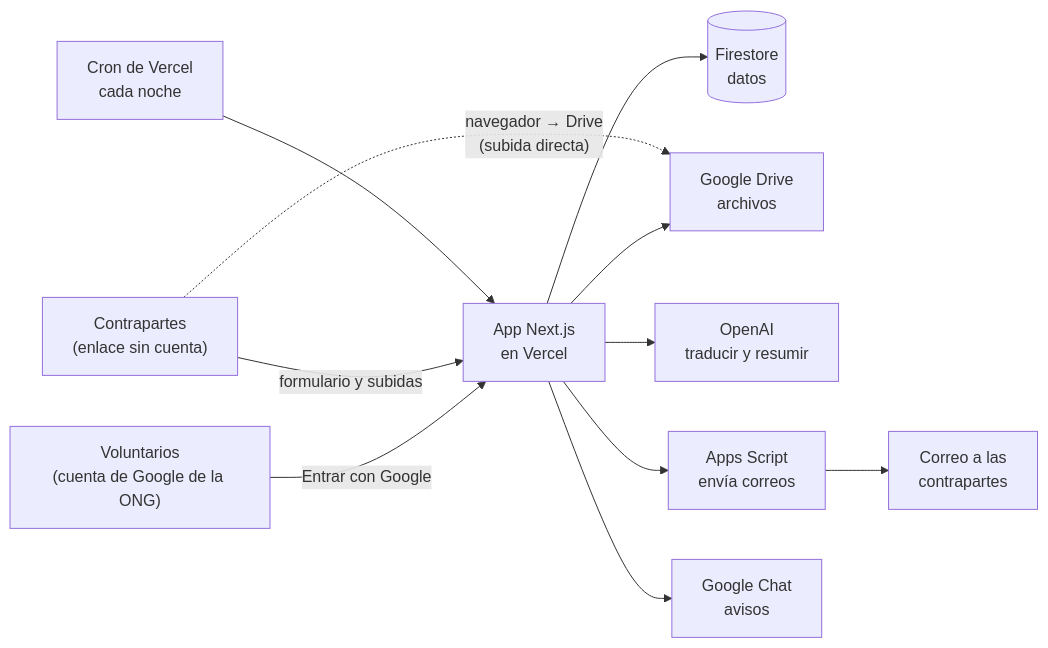
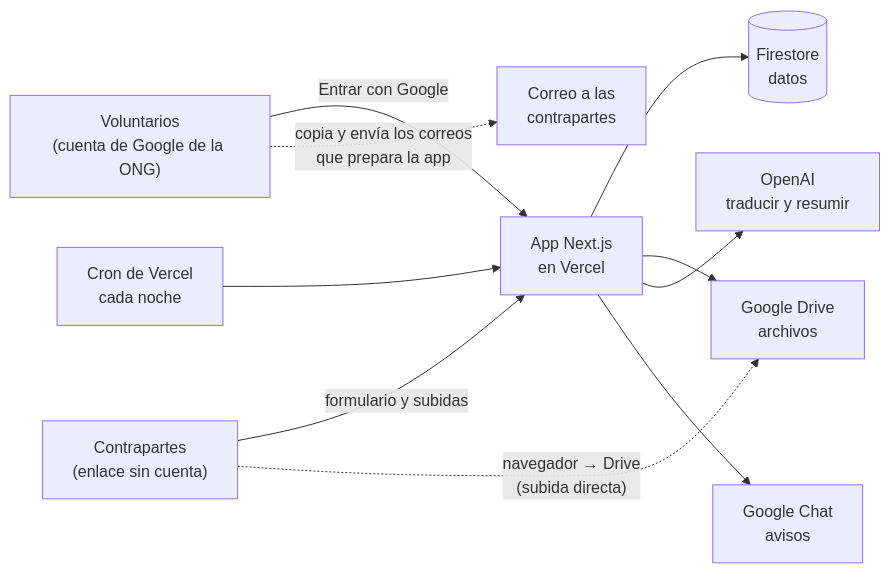
The first of 3 diagrams in docs/ARQUITECTURA.md (africadirecto/africa-directo-proyectos), drawn with Mermaid before and after one commit. The commit also changed other lines of this file and 104 other files, not shown here.

````diff
--- a/docs/ARQUITECTURA.md
+++ b/docs/ARQUITECTURA.md
@@ -9,13 +9,12 @@
 ```mermaid
 flowchart LR
   V["Voluntarios<br/>(cuenta de Google de la ONG)"] -->|Entrar con Google| APP
   C["Contrapartes<br/>(enlace sin cuenta)"] -->|formulario y subidas| APP
   APP["App Next.js<br/>en Vercel"] --> FS[("Firestore<br/>datos")]
   APP --> DR["Google Drive<br/>archivos"]
   APP --> AI["OpenAI<br/>traducir y resumir"]
-  APP --> AS["Apps Script<br/>envía correos"]
   APP --> CH["Google Chat<br/>avisos"]
   C -. "navegador → Drive<br/>(subida directa)" .-> DR
   CRON["Cron de Vercel<br/>cada noche"] --> APP
-  AS --> M["Correo a las<br/>contrapartes"]
+  V -. "copia y envía los correos<br/>que prepara la app" .-> M["Correo a las<br/>contrapartes"]
 ```
````
